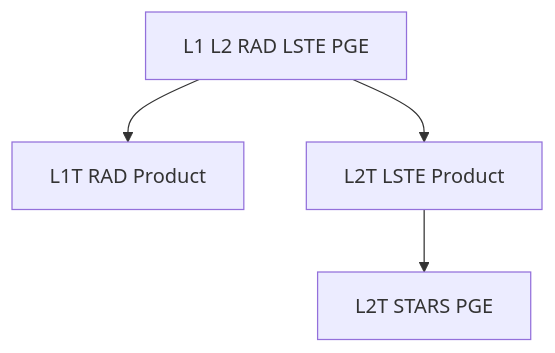
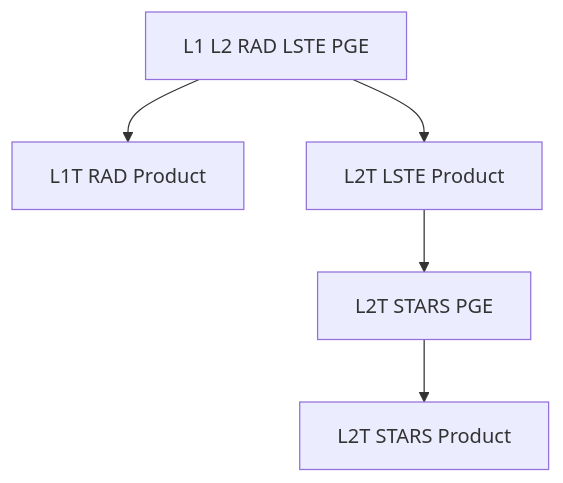
Before and after one commit to gregory-halverson-jpl/ECOSTRESS-Collection-2.github: the diagram in profile/README.md, drawn with Mermaid.

````diff
--- a/profile/README.md
+++ b/profile/README.md
@@ -11,12 +11,14 @@
 ```mermaid
 flowchart TD
     L1_L2_RAD_LSTE_PGE[L1 L2 RAD LSTE PGE]
     L2T_STARS_PGE[L2T STARS PGE]
 
     L1T_RAD_product[L1T RAD Product]
     L2T_LSTE_product[L2T LSTE Product]
+    L2T_STARS_product[L2T STARS Product]
 
     L1_L2_RAD_LSTE_PGE --> L1T_RAD_product
     L1_L2_RAD_LSTE_PGE --> L2T_LSTE_product
     L2T_LSTE_product --> L2T_STARS_PGE
+    L2T_STARS_PGE --> L2T_STARS_product
 ```
````
